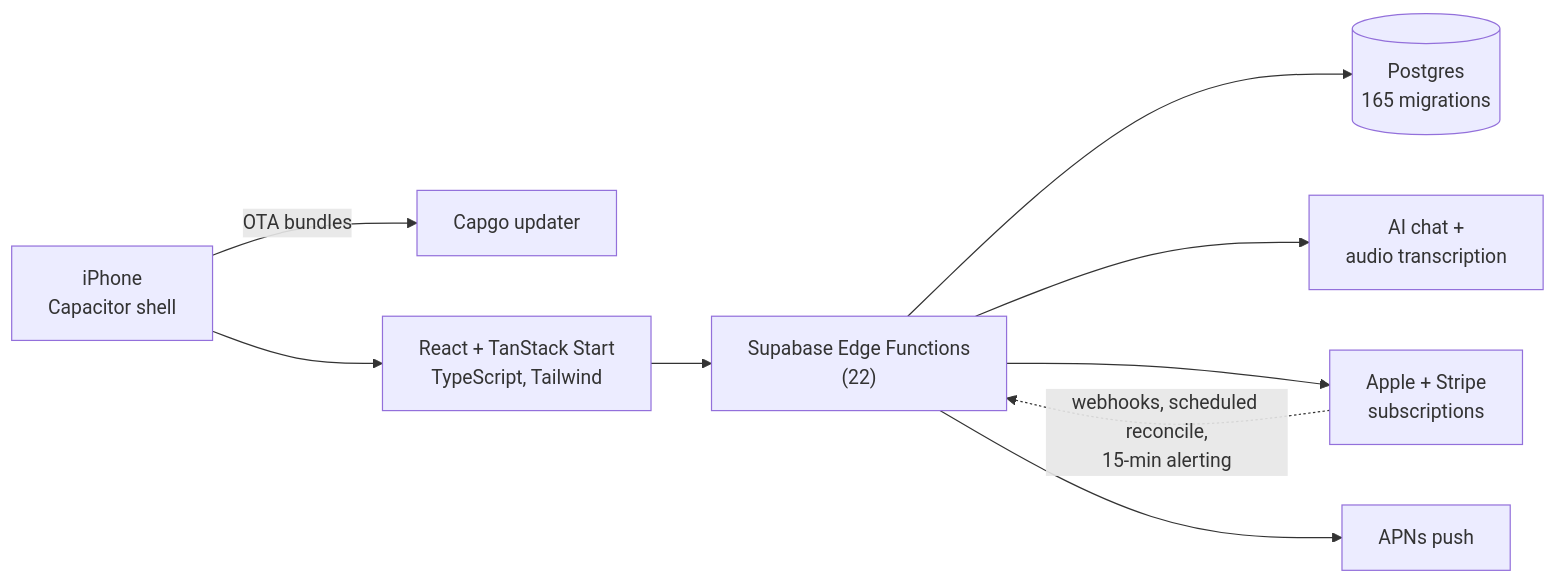
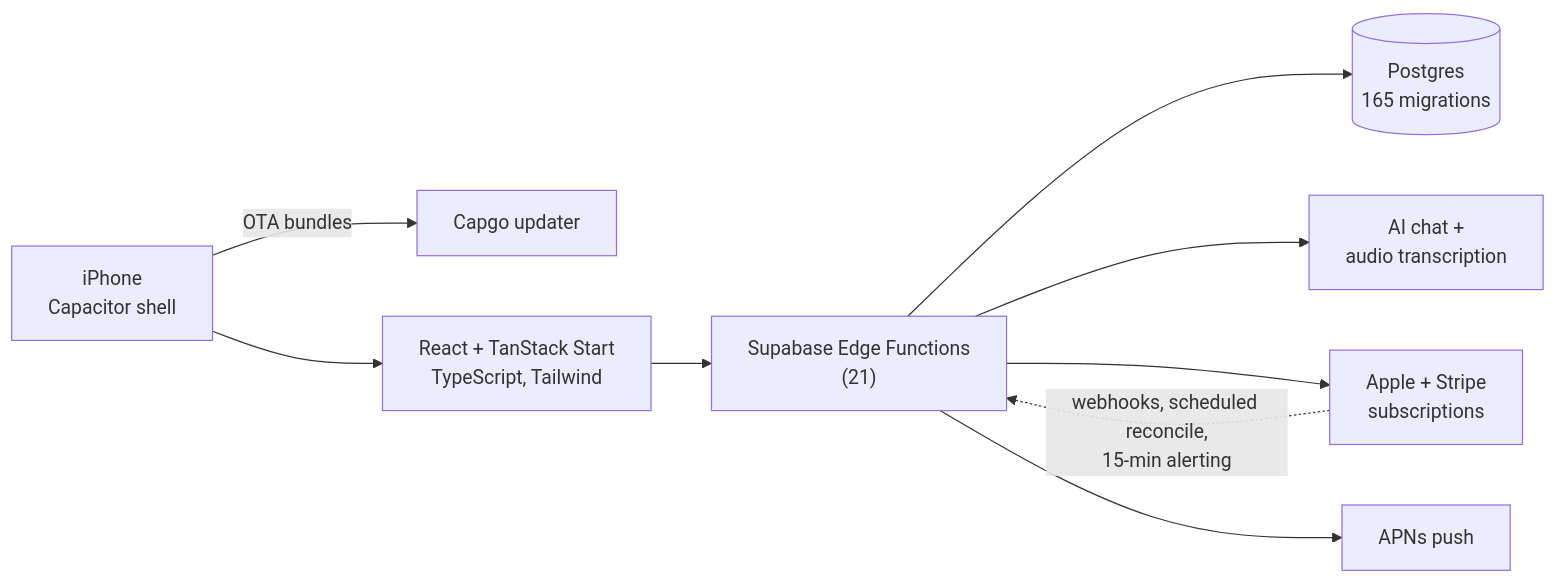
Before and after one commit to brie-wieselman/brie-wieselman: the diagram in README.md, drawn with Mermaid.

Commit message:
Fix edge function count

````diff
--- a/README.md
+++ b/README.md
@@ -15,11 +15,11 @@
 ```mermaid
 flowchart LR
     U["iPhone<br/>Capacitor shell"] -->|"OTA bundles"| C["Capgo updater"]
     U --> W["React + TanStack Start<br/>TypeScript, Tailwind"]
-    W --> F["Supabase Edge Functions<br/>(22)"]
+    W --> F["Supabase Edge Functions<br/>(21)"]
     F --> DB[("Postgres<br/>165 migrations")]
     F --> AI["AI chat +<br/>audio transcription"]
     F --> PAY["Apple + Stripe<br/>subscriptions"]
     F --> PUSH["APNs push"]
     PAY -.->|"webhooks, scheduled reconcile,<br/>15-min alerting"| F
 ```
````
